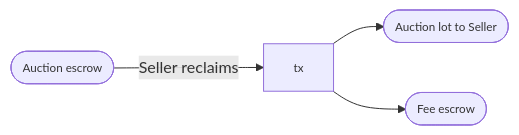
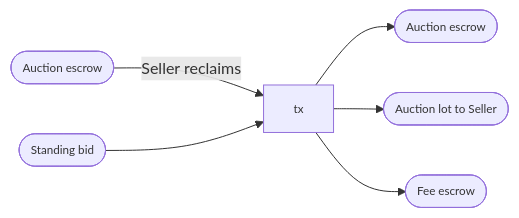
The ninth of 23 diagrams in docs/on_chain_spec.md (mlabs-haskell/hydra-auction), drawn with Mermaid before and after one commit. The commit also changed other lines of this file, not shown here.

````diff
--- a/docs/on_chain_spec.md
+++ b/docs/on_chain_spec.md
@@ -338,10 +701,11 @@
 ```mermaid
 flowchart LR
   input1([Auction escrow]) -- Seller reclaims --> tx
-  tx --> output1([Auction lot to Seller])
-  tx --> output2([Fee escrow])
-  tx
+  input2([Standing bid]) --> tx
+  tx --> output1([Auction escrow])
+  tx --> output2([Auction lot to Seller])
+  tx --> output3([Fee escrow])
 
   classDef default font-size:90%, overflow:visible;
   classDef reference stroke-dasharray: 5 5;
 ```
````
